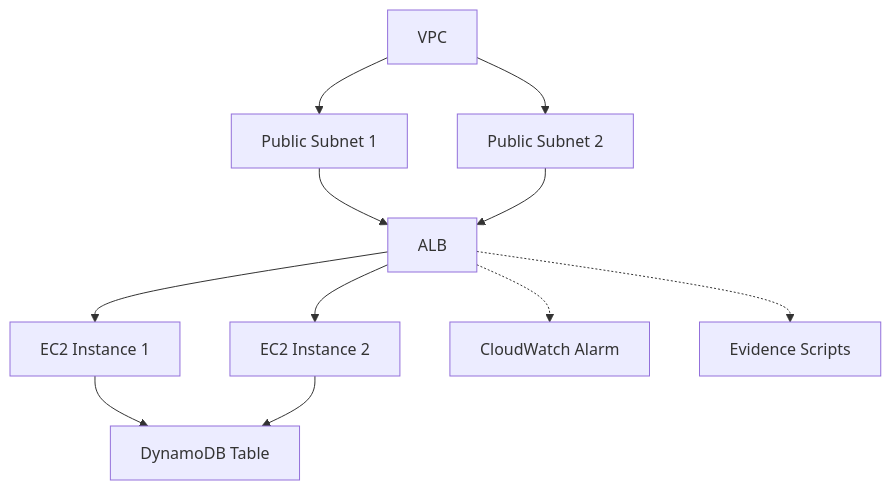
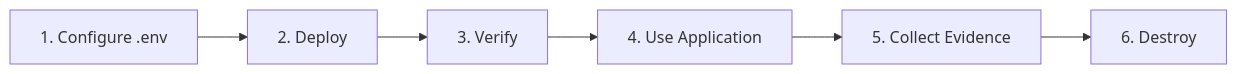
The third of 4 diagrams in README.md (SvillarroelZ/Infra-DevOps-HA-Web-Platform-ALB-ASG-con-IaC), drawn with Mermaid before and after one commit. The commit also changed other lines of this file and 41 other files, not shown here.

````diff
--- a/README.md
+++ b/README.md
@@ -56,13 +180,8 @@
 ```mermaid
-flowchart TD
-  A[VPC] --> B1[Public Subnet 1]
-  A --> B2[Public Subnet 2]
-  B1 --> C[ALB]
-  B2 --> C
-  C --> D1[EC2 Instance 1]
-  C --> D2[EC2 Instance 2]
-  D1 --> E[DynamoDB Table]
-  D2 --> E
-  C -.-> F[CloudWatch Alarm]
-  C -.-> G[Evidence Scripts]
+flowchart LR
+    A[1. Configure .env] --> B[2. Deploy]
+    B --> C[3. Verify]
+    C --> D[4. Use Application]
+    D --> E[5. Collect Evidence]
+    E --> F[6. Destroy]
 ```
````
